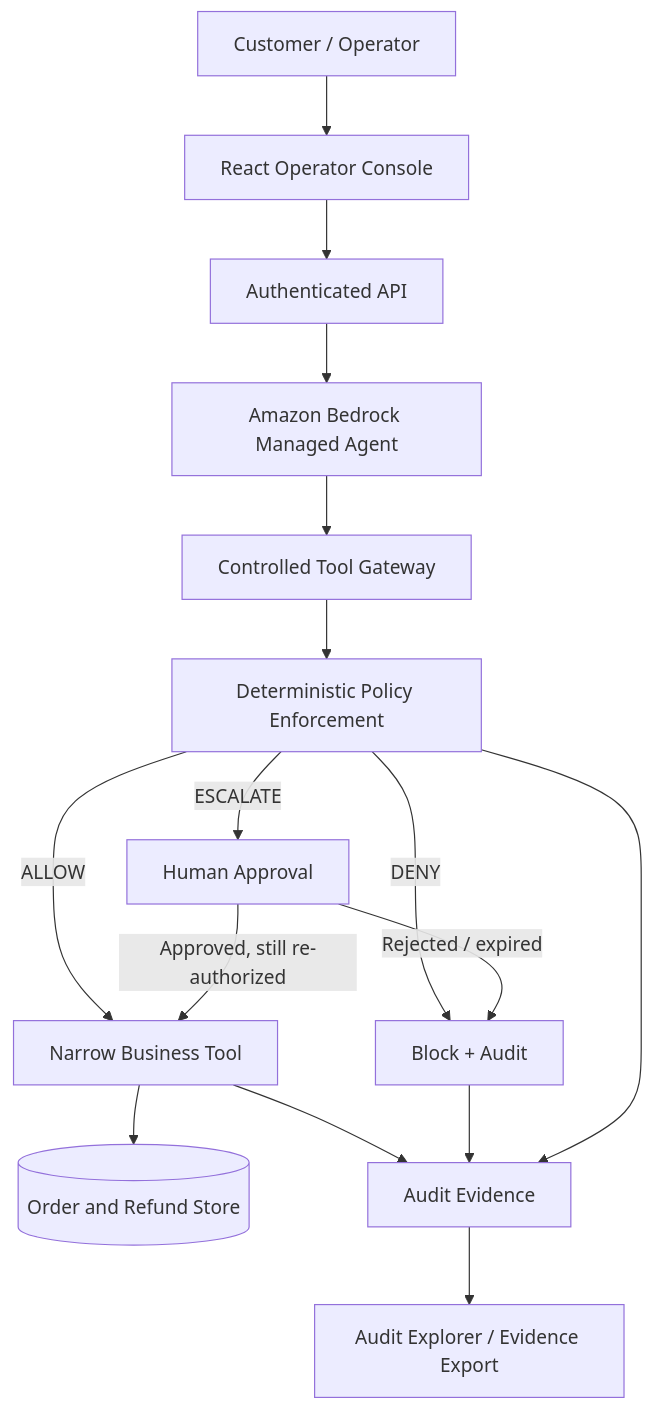
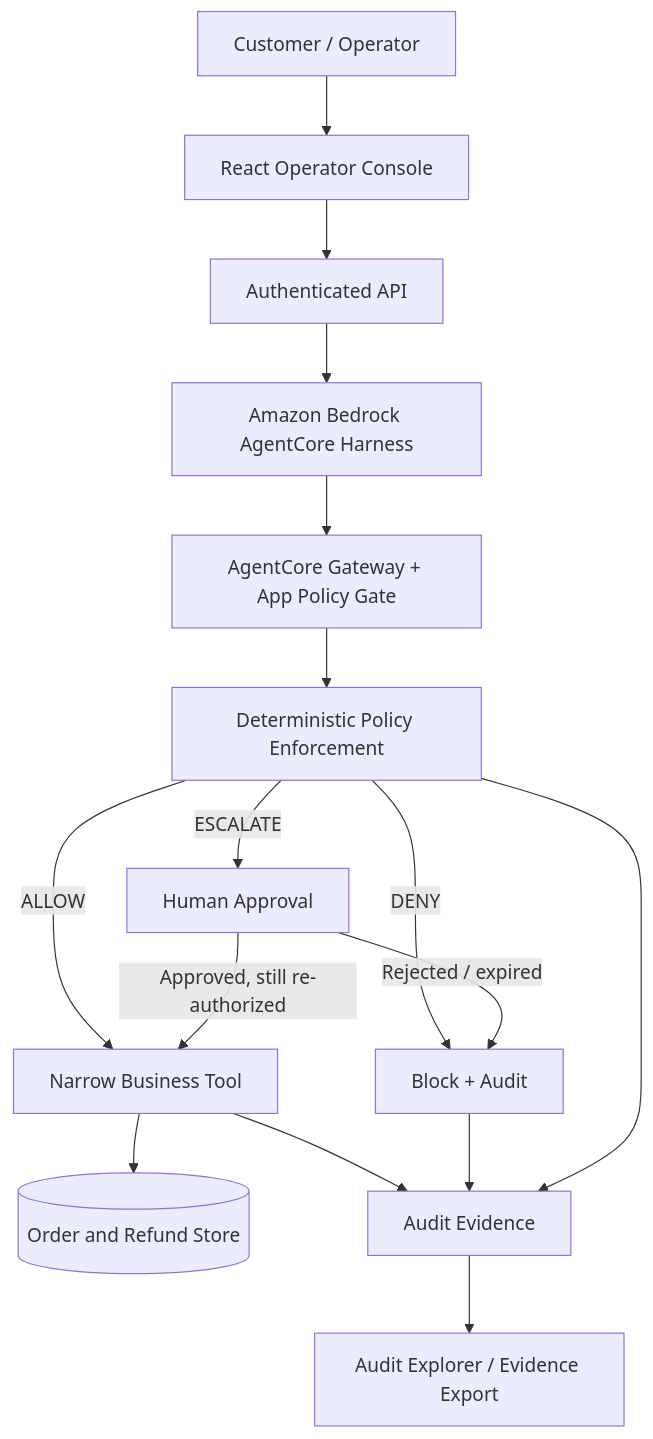
One commit to KUNDURUHIMANEESHREDDY/shadow-hunter changed the diagram in README.md. Above: the diagram before and after it, drawn with Mermaid. The commit also changed other lines of this file and 20 other files, not shown here.

````diff
--- a/README.md
+++ b/README.md
@@ -59,18 +59,18 @@
 ```mermaid
 flowchart TD
   U["Customer / Operator"] --> UI["React Operator Console"]
   UI --> API["Authenticated API"]
-  API --> A["Amazon Bedrock Managed Agent"]
-  A --> G["Controlled Tool Gateway"]
+  API --> A["Amazon Bedrock AgentCore Harness"]
+  A --> G["AgentCore Gateway + App Policy Gate"]
   G --> P["Deterministic Policy Enforcement"]
   P -->|ALLOW| T["Narrow Business Tool"]
   P -->|DENY| D["Block + Audit"]
   P -->|ESCALATE| H["Human Approval"]
   H -->|Approved, still re-authorized| T
   H -->|Rejected / expired| D
   T --> DB[("Order and Refund Store")]
   T --> L["Audit Evidence"]
   D --> L
   P --> L
   L --> S["Audit Explorer / Evidence Export"]
 ```
````
